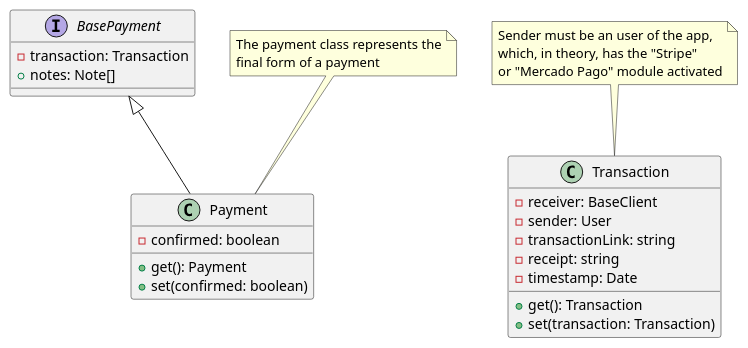
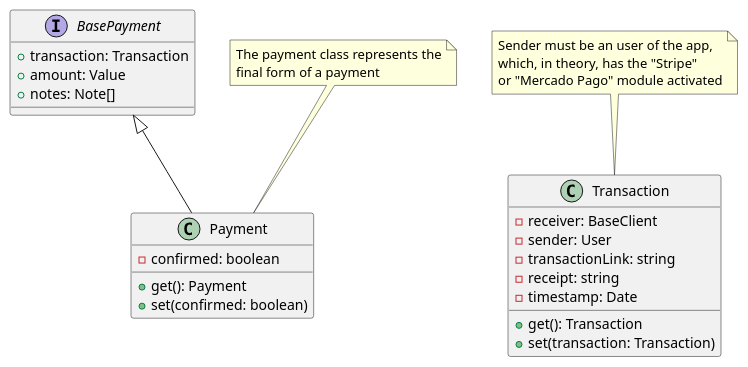
Before and after one commit to Chiqui1234ok/lions-app: the diagram in back/uml/Payments.puml, drawn with PlantUML. The commit also changed 1 other file, not shown here.

```diff
--- a/back/uml/Payments.puml
+++ b/back/uml/Payments.puml
@@ -1,35 +1,36 @@
 @startuml
 
 interface BasePayment {
-    - transaction: Transaction
+    + transaction: Transaction
+    + amount: Value
     + notes: Note[]
 }
 
 class Transaction {
     - receiver: BaseClient
     - sender: User
     - transactionLink: string
     - receipt: string
     - timestamp: Date
     + get(): Transaction
     + set(transaction: Transaction)
 }
 
 class Payment extends BasePayment {
     - confirmed: boolean
     + get(): Payment
     + set(confirmed: boolean)
 }
 
 note top of Transaction
 Sender must be an user of the app,
 which, in theory, has the "Stripe"
 or "Mercado Pago" module activated
 endnote
 
 note top of Payment
 The payment class represents the
 final form of a payment
 endnote
 
 @enduml
```
